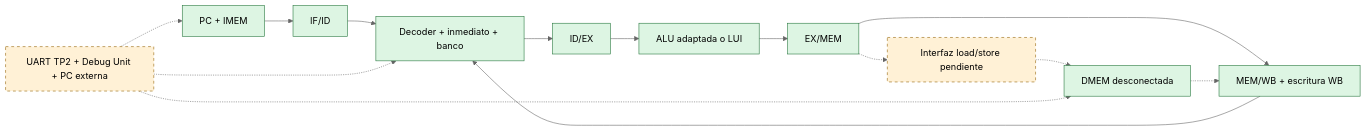
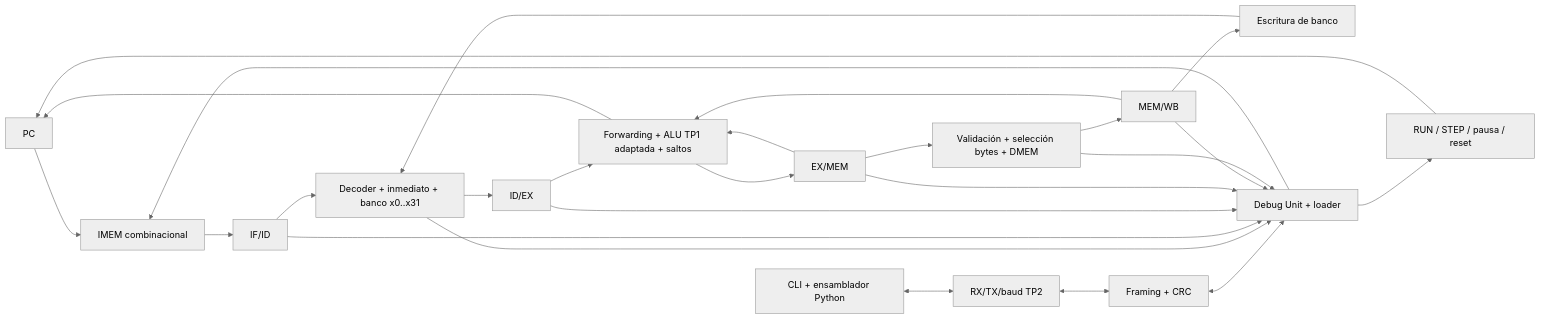
Before and after one commit to SofiViale/Arqui-TPs: the diagram in TP3/README.md, drawn with Mermaid (neutral theme). The commit also changed other lines of this file and 53 other files, not shown here.

````diff
--- a/TP3/README.md
+++ b/TP3/README.md
@@ -82,20 +78,28 @@
 ```mermaid
 flowchart LR
-    P[PC + IMEM] --> F[IF/ID]
-    F --> D[Decoder + inmediato + banco]
-    D --> I[ID/EX]
-    I --> A[ALU adaptada o LUI]
-    A --> E[EX/MEM]
-    E --> W[MEM/WB + escritura WB]
-    W --> D
-    E -.-> M[Interfaz load/store pendiente]
-    M -.-> RAM[DMEM desconectada]
-    RAM -.-> W
-    U[UART TP2 + Debug Unit + PC externa] -.-> P
-    U -.-> D
-    U -.-> RAM
-    classDef ready fill:#ddf5e3,stroke:#24753b;
-    classDef future fill:#fff1d6,stroke:#936200,stroke-dasharray:5 5;
-    class P,D,A,RAM,F,I,E,W ready;
-    class M,U future;
+    PC[PC] --> IM[IMEM combinacional]
+    IM --> FI[IF/ID]
+    FI --> ID[Decoder + inmediato + banco x0..x31]
+    ID --> IX[ID/EX]
+    IX --> EX[Forwarding + ALU TP1 adaptada + saltos]
+    EX --> XM[EX/MEM]
+    XM --> MEM[Validación + selección bytes + DMEM]
+    MEM --> MW[MEM/WB]
+    MW --> WB[Escritura de banco]
+    WB --> ID
+    XM --> EX
+    MW --> EX
+    EX --> PC
+    HOST[CLI + ensamblador Python] <--> UART[RX/TX/baud TP2]
+    UART <--> PKT[Framing + CRC]
+    PKT <--> DBG[Debug Unit + loader]
+    DBG --> IM
+    DBG --> CTRL[RUN / STEP / pausa / reset]
+    CTRL --> PC
+    ID --> DBG
+    FI --> DBG
+    IX --> DBG
+    XM --> DBG
+    MW --> DBG
+    MEM --> DBG
 ```
````
